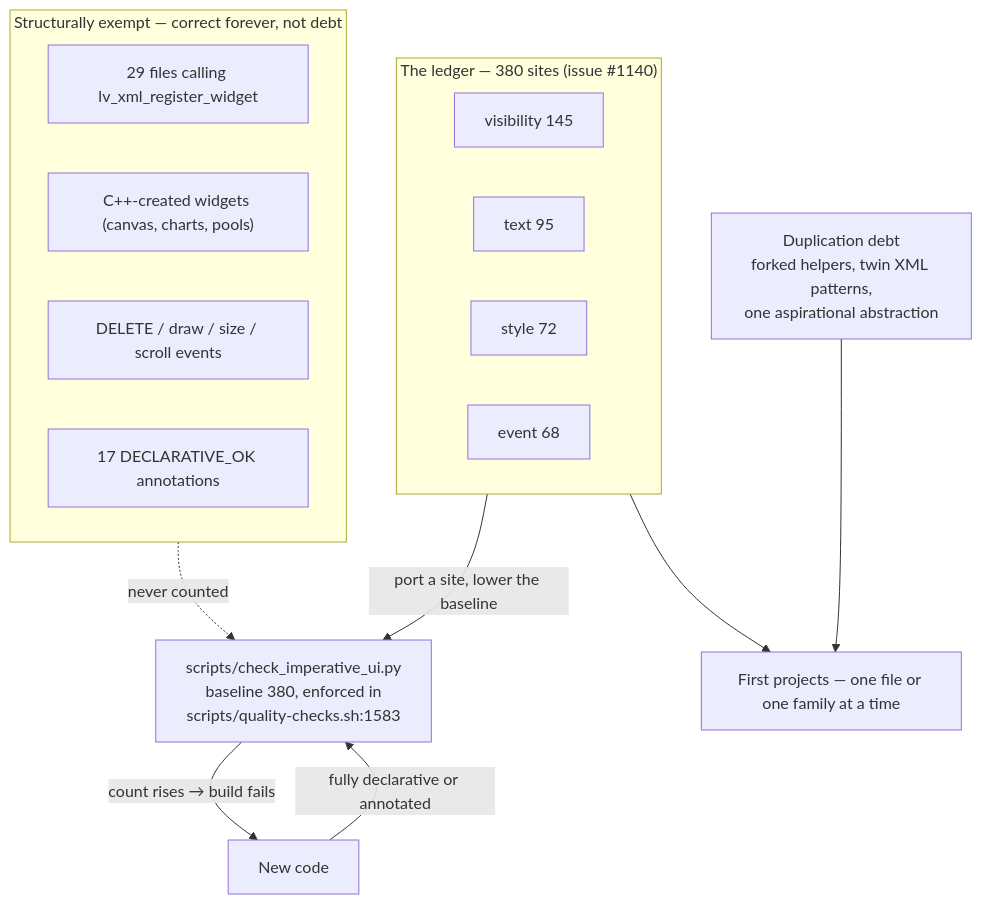
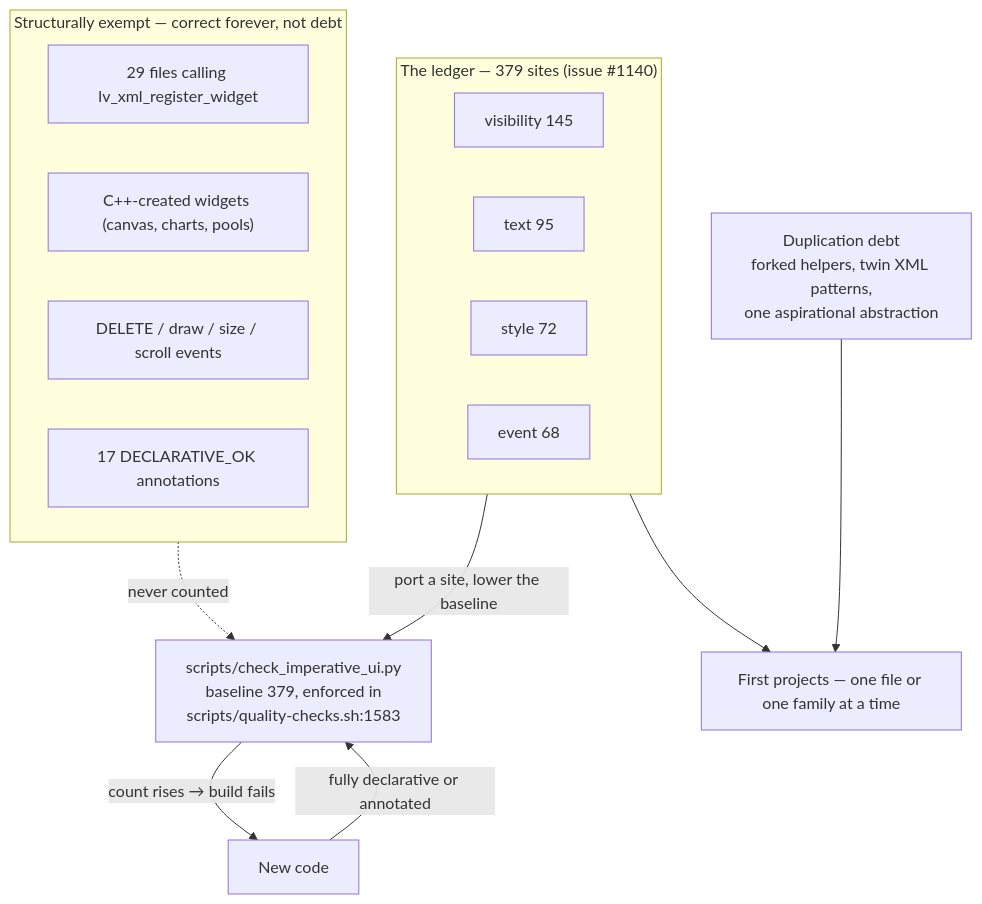
One commit to prestonbrown/helixscreen changed the diagram in docs/devel/architecture/15-known-debt.md. Above: the diagram before and after it, drawn with Mermaid. The commit also changed other lines of this file and 1 other file, not shown here.

First line of the commit message:
docs: bring the imperative-UI ledger back to the count the gate enforces

````diff
--- a/docs/devel/architecture/15-known-debt.md
+++ b/docs/devel/architecture/15-known-debt.md
@@ -7,26 +7,26 @@
 ```mermaid
 flowchart TD
     NEW["New code"] -->|"fully declarative or annotated"| GATE
 
-    subgraph LEDGER["The ledger — 380 sites (issue #1140)"]
+    subgraph LEDGER["The ledger — 379 sites (issue #1140)"]
         V["visibility 145"]
         T["text 95"]
         S["style 72"]
         E["event 68"]
     end
 
-    GATE["scripts/check_imperative_ui.py<br/>baseline 380, enforced in<br/>scripts/quality-checks.sh:1583"]
+    GATE["scripts/check_imperative_ui.py<br/>baseline 379, enforced in<br/>scripts/quality-checks.sh:1583"]
     LEDGER -->|"port a site, lower the baseline"| GATE
     GATE -->|"count rises → build fails"| NEW
 
     subgraph EXEMPT["Structurally exempt — correct forever, not debt"]
         W["29 files calling lv_xml_register_widget"]
         C["C++-created widgets (canvas, charts, pools)"]
         H["DELETE / draw / size / scroll events"]
         A["17 DECLARATIVE_OK annotations"]
     end
     EXEMPT -.->|"never counted"| GATE
 
     DUP["Duplication debt<br/>forked helpers, twin XML patterns,<br/>one aspirational abstraction"] --> PROJECTS
     LEDGER --> PROJECTS["First projects — one file or one family at a time"]
 ```
````
